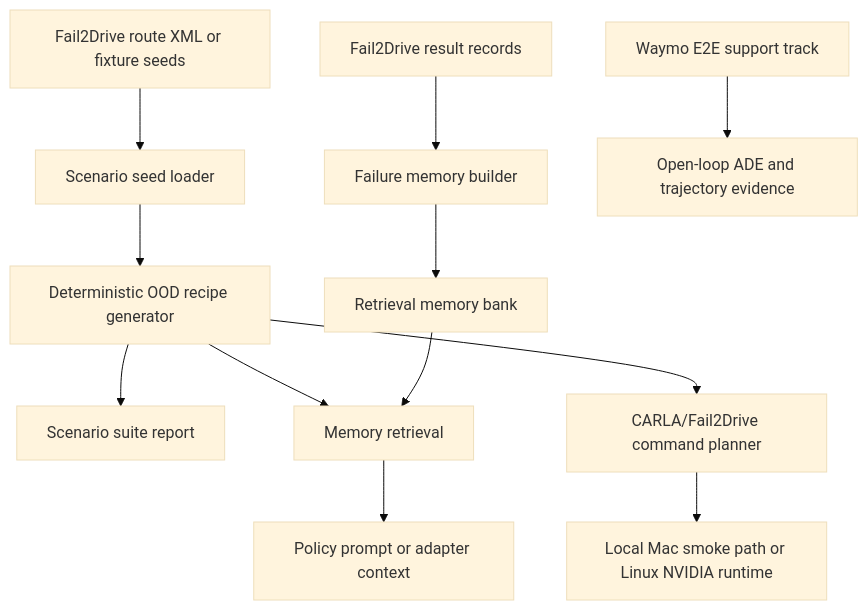
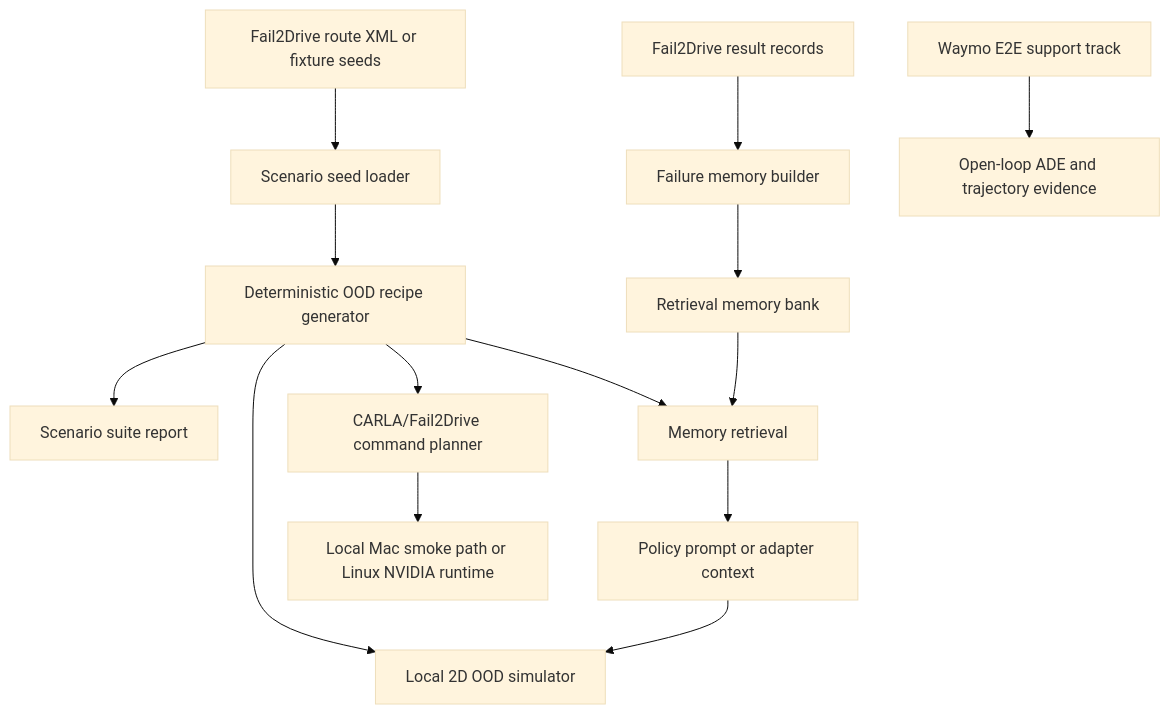
Before and after one commit to ZanarkandTechnologies/0xDriver: the diagram in ARCHITECTURE.md, drawn with Mermaid (base theme). The commit also changed other lines of this file and 76 other files, not shown here.

Commit message:
feat(ood): add local end-to-end demo pack

````diff
--- a/ARCHITECTURE.md
+++ b/ARCHITECTURE.md
@@ -16,14 +16,16 @@
 ```mermaid
 flowchart TD
     A["Fail2Drive route XML or fixture seeds"] --> B["Scenario seed loader"]
     B --> C["Deterministic OOD recipe generator"]
     C --> D["Scenario suite report"]
+    C --> N["Local 2D OOD simulator"]
     E["Fail2Drive result records"] --> F["Failure memory builder"]
     F --> G["Retrieval memory bank"]
     C --> H["Memory retrieval"]
     G --> H
     H --> I["Policy prompt or adapter context"]
+    I --> N
     C --> J["CARLA/Fail2Drive command planner"]
     J --> K["Local Mac smoke path or Linux NVIDIA runtime"]
     L["Waymo E2E support track"] --> M["Open-loop ADE and trajectory evidence"]
 ```
````
